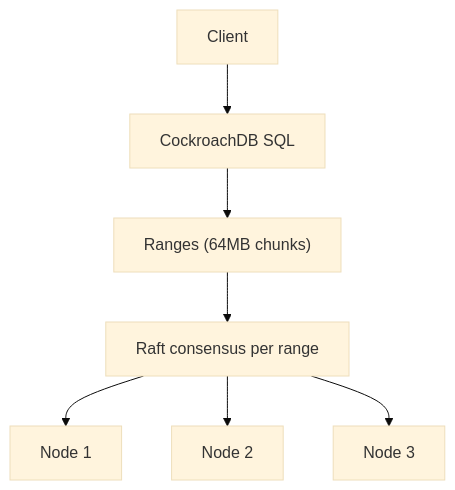
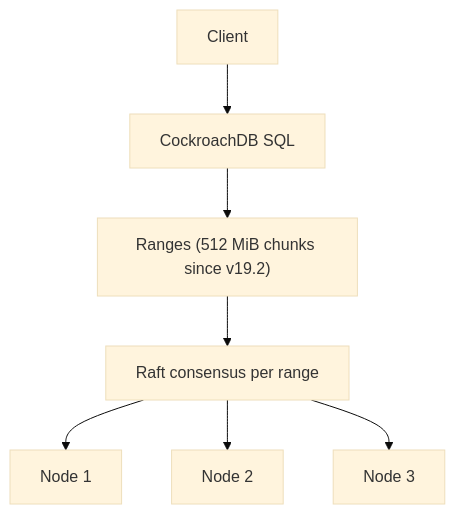
Before and after one commit to vanos001/placement_prep: diagram 16 of 18 in src/storage/distributed.md, drawn with Mermaid (base theme). The commit also changed 23 other files, not shown here.

````diff
--- a/src/storage/distributed.md
+++ b/src/storage/distributed.md
@@ -293,9 +293,9 @@
 ```mermaid
 graph TD
     CLIENT[Client] --> CRDB[CockroachDB SQL]
-    CRDB --> RANGE["Ranges (64MB chunks)"]
+    CRDB --> RANGE["Ranges (512 MiB chunks since v19.2)"]
     RANGE --> RAFT[Raft consensus per range]
     RAFT --> N1[Node 1]
     RAFT --> N2[Node 2]
     RAFT --> N3[Node 3]
 ```
````
